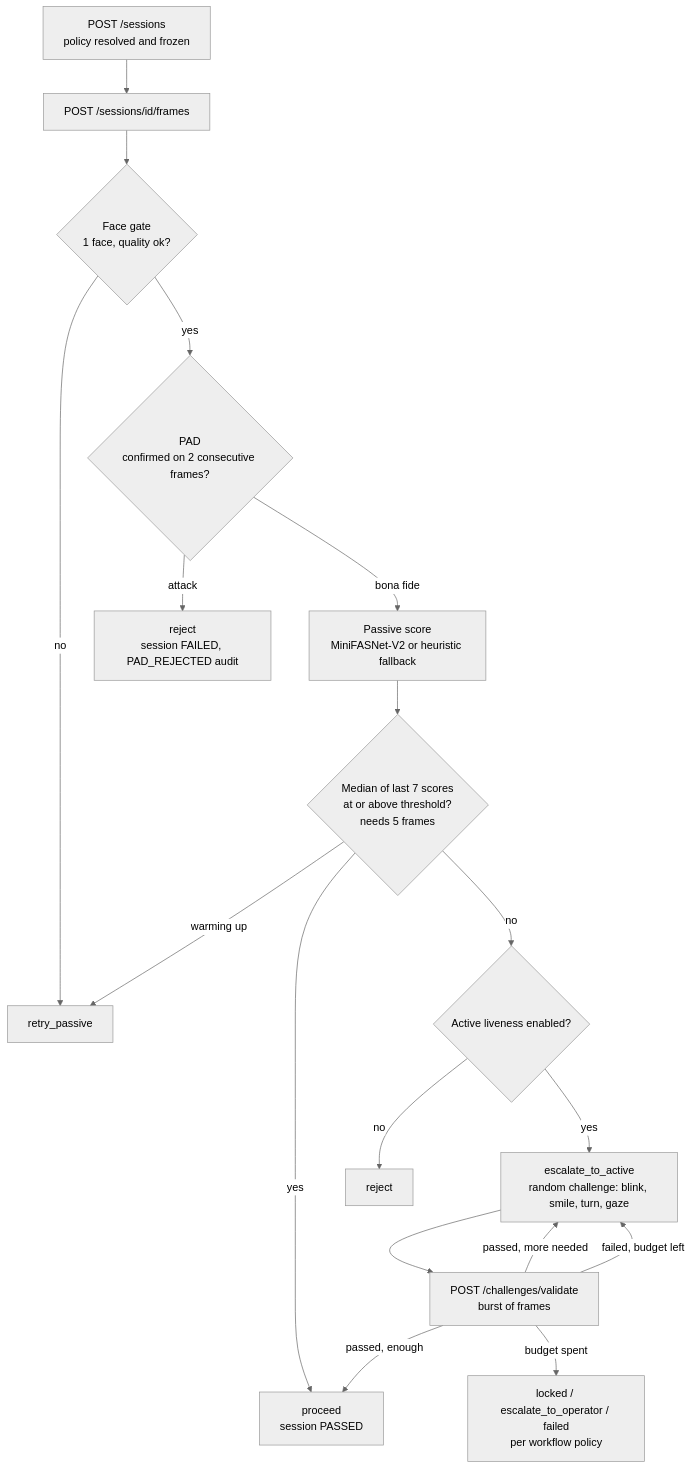
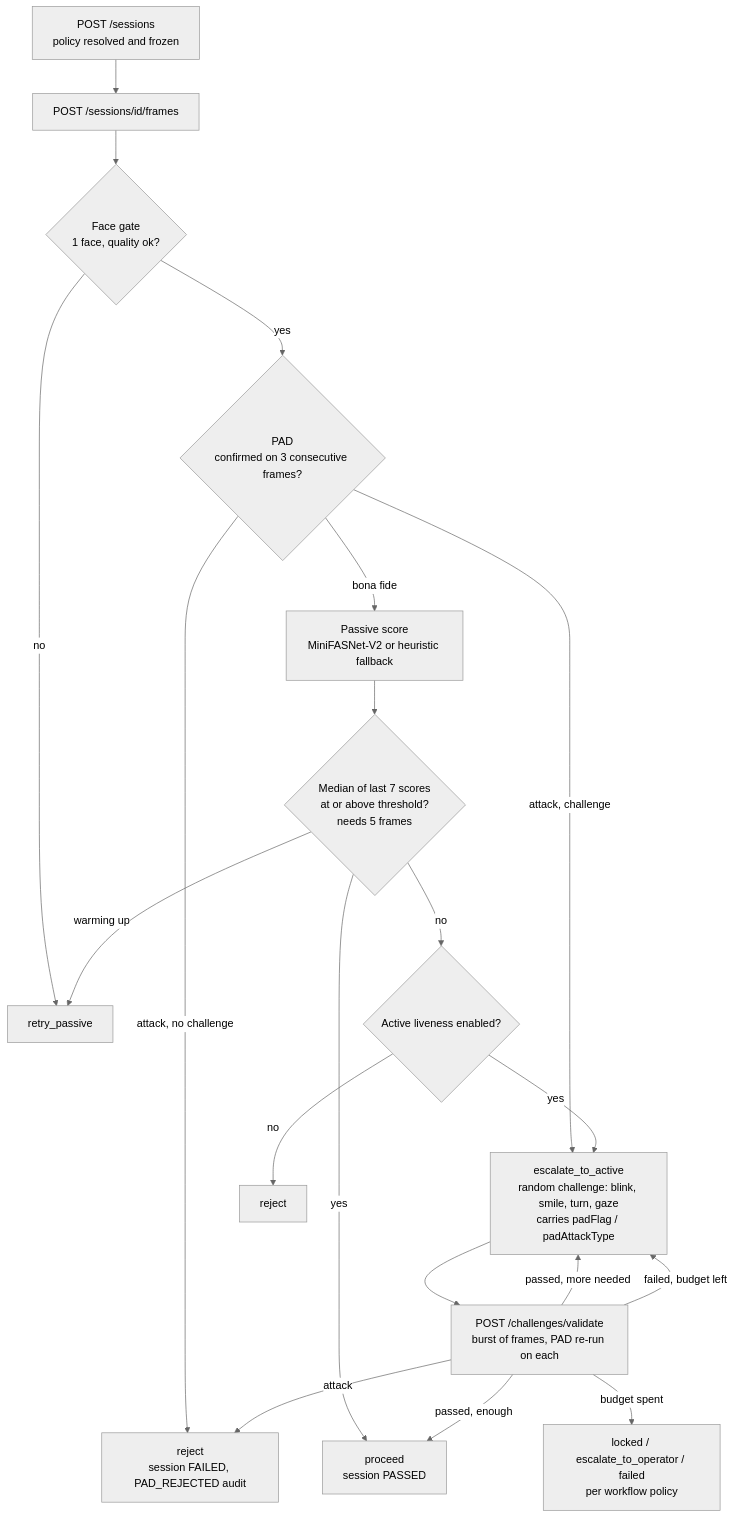
Before and after one commit to hrishi25-spec/Face-Liveliness-Console: the second of 2 diagrams in README.md, drawn with Mermaid (neutral theme). The commit also changed other lines of this file and 19 other files, not shown here.

````diff
--- a/README.md
+++ b/README.md
@@ -95,20 +95,22 @@
 ```mermaid
 flowchart TD
     A[POST /sessions<br/>policy resolved and frozen] --> B[POST /sessions/id/frames]
     B --> C{Face gate<br/>1 face, quality ok?}
     C -- no --> R1[retry_passive]
-    C -- yes --> D{PAD<br/>confirmed on 2 consecutive frames?}
-    D -- attack --> X[reject<br/>session FAILED, PAD_REJECTED audit]
+    C -- yes --> D{PAD<br/>confirmed on 3 consecutive frames?}
+    D -- attack, no challenge --> X[reject<br/>session FAILED, PAD_REJECTED audit]
+    D -- attack, challenge --> H
     D -- bona fide --> E[Passive score<br/>MiniFASNet-V2 or heuristic fallback]
     E --> F{Median of last 7 scores<br/>at or above threshold?<br/>needs 5 frames}
     F -- warming up --> R1
     F -- yes --> P[proceed<br/>session PASSED]
     F -- no --> G{Active liveness enabled?}
     G -- no --> X2[reject]
-    G -- yes --> H[escalate_to_active<br/>random challenge: blink, smile, turn, gaze]
-    H --> I[POST /challenges/validate<br/>burst of frames]
+    G -- yes --> H[escalate_to_active<br/>random challenge: blink, smile, turn, gaze<br/>carries padFlag / padAttackType]
+    H --> I[POST /challenges/validate<br/>burst of frames, PAD re-run on each]
+    I -- attack --> X
     I -- passed, more needed --> H
     I -- passed, enough --> P
     I -- failed, budget left --> H
     I -- budget spent --> T[locked / escalate_to_operator / failed<br/>per workflow policy]
 ```
````
